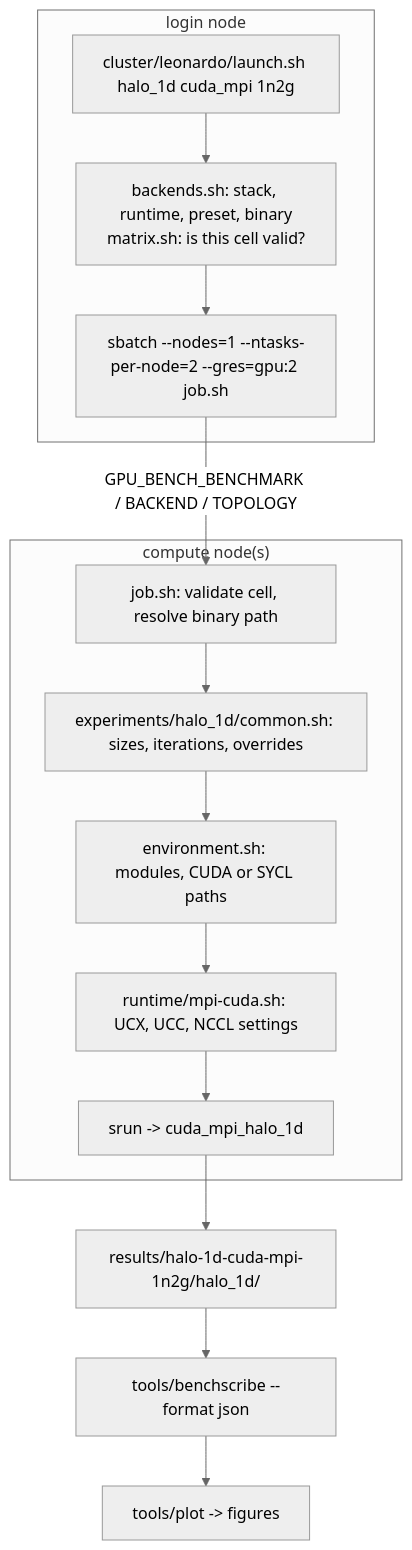
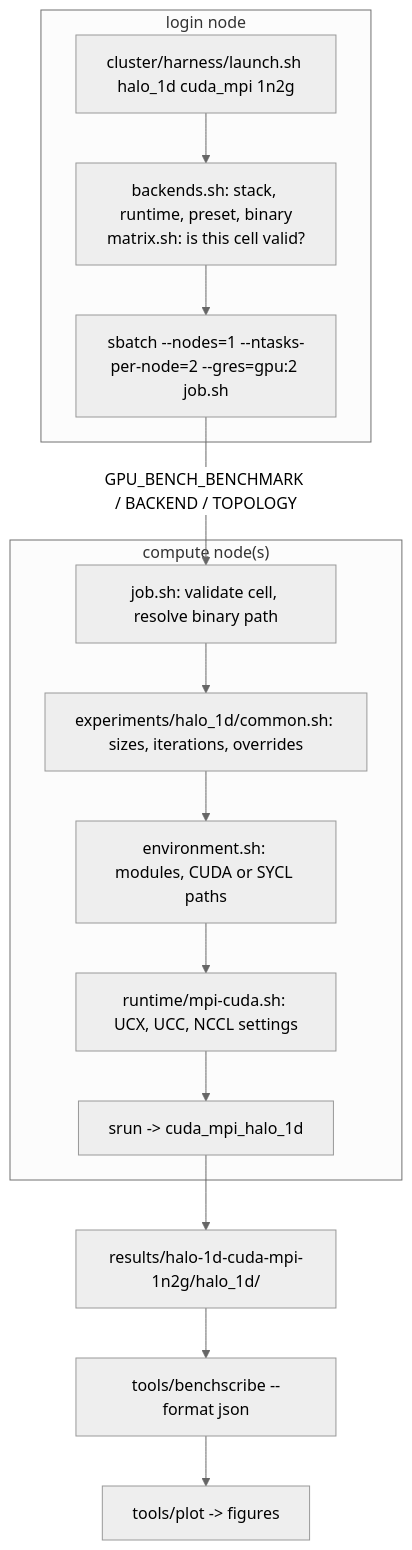
Before and after one commit to y3rbiadit0/gpu-comm-benchmark: the first of 2 diagrams in cluster/leonardo/README.md, drawn with Mermaid (neutral theme). The commit also changed other lines of this file and 31 other files, not shown here.

````diff
--- a/cluster/leonardo/README.md
+++ b/cluster/leonardo/README.md
@@ -112,24 +112,24 @@
 ```mermaid
 flowchart TD
     subgraph login["login node"]
-        A["cluster/leonardo/launch.sh halo_1d cuda_mpi 1n2g"]
+        A["cluster/harness/launch.sh halo_1d cuda_mpi 1n2g"]
         B["backends.sh: stack, runtime, preset, binary<br/>matrix.sh: is this cell valid?"]
         C["sbatch --nodes=1 --ntasks-per-node=2 --gres=gpu:2 job.sh"]
         A --> B --> C
     end
 
     C -->|"GPU_BENCH_BENCHMARK / BACKEND / TOPOLOGY"| D
 
     subgraph compute["compute node(s)"]
         D["job.sh: validate cell, resolve binary path"]
         E["experiments/halo_1d/common.sh: sizes, iterations, overrides"]
         F["environment.sh: modules, CUDA or SYCL paths"]
         G["runtime/mpi-cuda.sh: UCX, UCC, NCCL settings"]
         H["srun -> cuda_mpi_halo_1d"]
         D --> E --> F --> G --> H
     end
 
     H --> I["results/halo-1d-cuda-mpi-1n2g/halo_1d/"]
     I --> J["tools/benchscribe --format json"]
     J --> K["tools/plot -> figures"]
 ```
````
